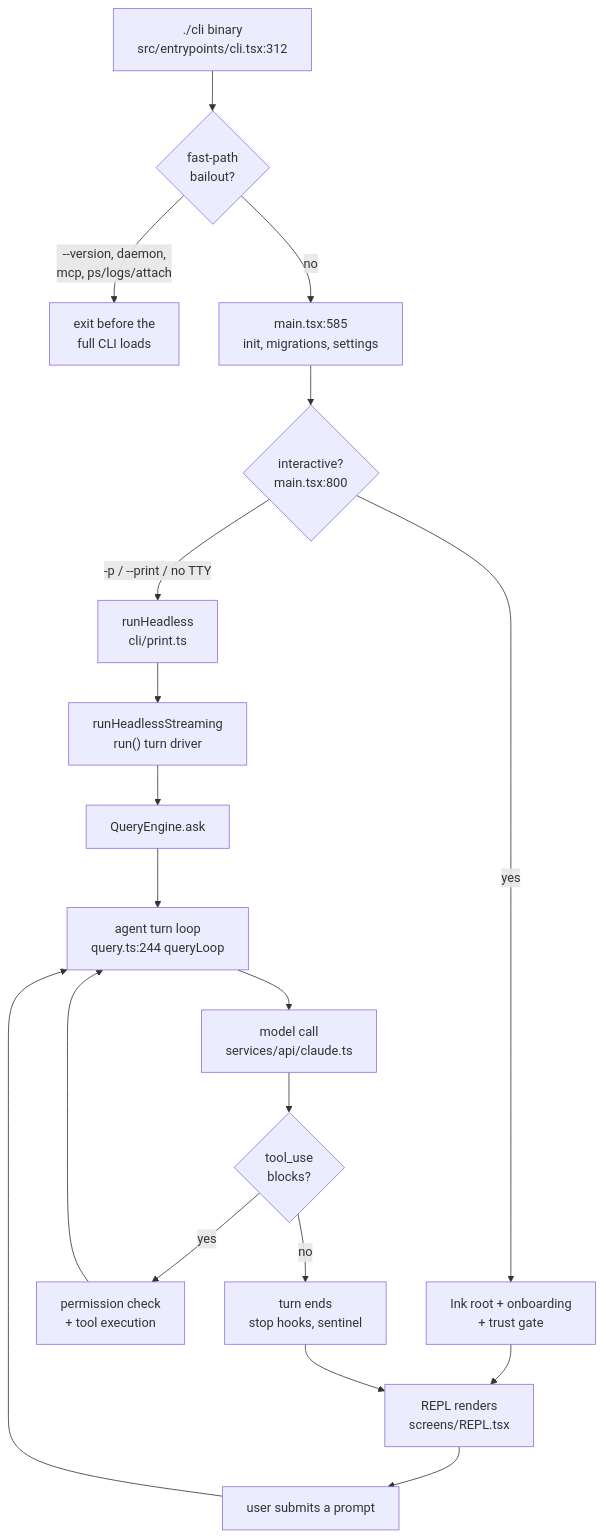
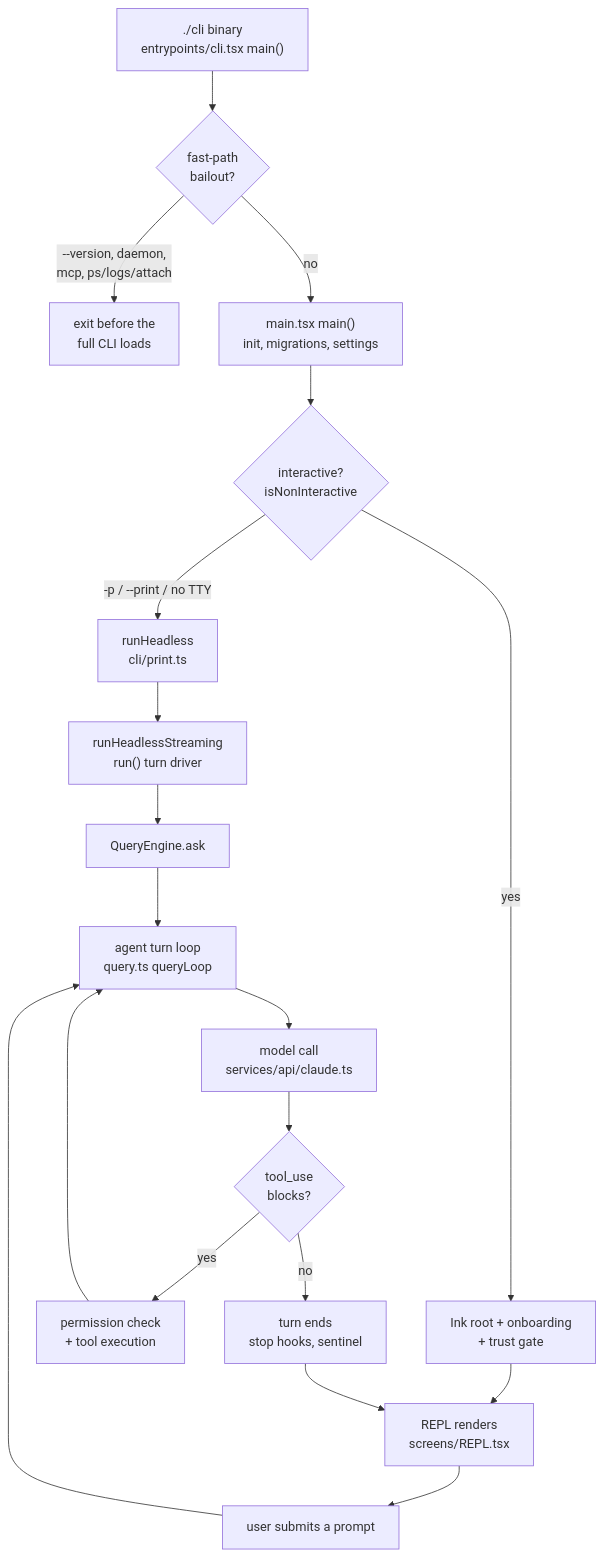
Before and after one commit to cristianizzo/axa-chat: the first of 8 diagrams in docs/ARCHITECTURE.md, drawn with Mermaid. The commit also changed other lines of this file, not shown here.

First line of the commit message:
docs: cite ARCHITECTURE.md by name instead of by line number

````diff
--- a/docs/ARCHITECTURE.md
+++ b/docs/ARCHITECTURE.md
@@ -14,21 +22,21 @@
 ```mermaid
 flowchart TD
-    A["./cli binary<br/>src/entrypoints/cli.tsx:312"] --> B{"fast-path<br/>bailout?"}
+    A["./cli binary<br/>entrypoints/cli.tsx main()"] --> B{"fast-path<br/>bailout?"}
     B -->|"--version, daemon,<br/>mcp, ps/logs/attach"| Z["exit before the<br/>full CLI loads"]
-    B -->|no| C["main.tsx:585<br/>init, migrations, settings"]
-    C --> D{"interactive?<br/>main.tsx:800"}
+    B -->|no| C["main.tsx main()<br/>init, migrations, settings"]
+    C --> D{"interactive?<br/>isNonInteractive"}
     D -->|"-p / --print / no TTY"| E["runHeadless<br/>cli/print.ts"]
     D -->|yes| F["Ink root + onboarding<br/>+ trust gate"]
     F --> G["REPL renders<br/>screens/REPL.tsx"]
     G --> H["user submits a prompt"]
-    H --> I["agent turn loop<br/>query.ts:244 queryLoop"]
+    H --> I["agent turn loop<br/>query.ts queryLoop"]
     I --> J["model call<br/>services/api/claude.ts"]
     J --> K{"tool_use<br/>blocks?"}
     K -->|yes| L["permission check<br/>+ tool execution"]
     L --> I
     K -->|no| M["turn ends<br/>stop hooks, sentinel"]
     M --> G
     E --> E2["runHeadlessStreaming<br/>run() turn driver"]
     E2 --> Q["QueryEngine.ask"]
     Q --> I
 ```
````
